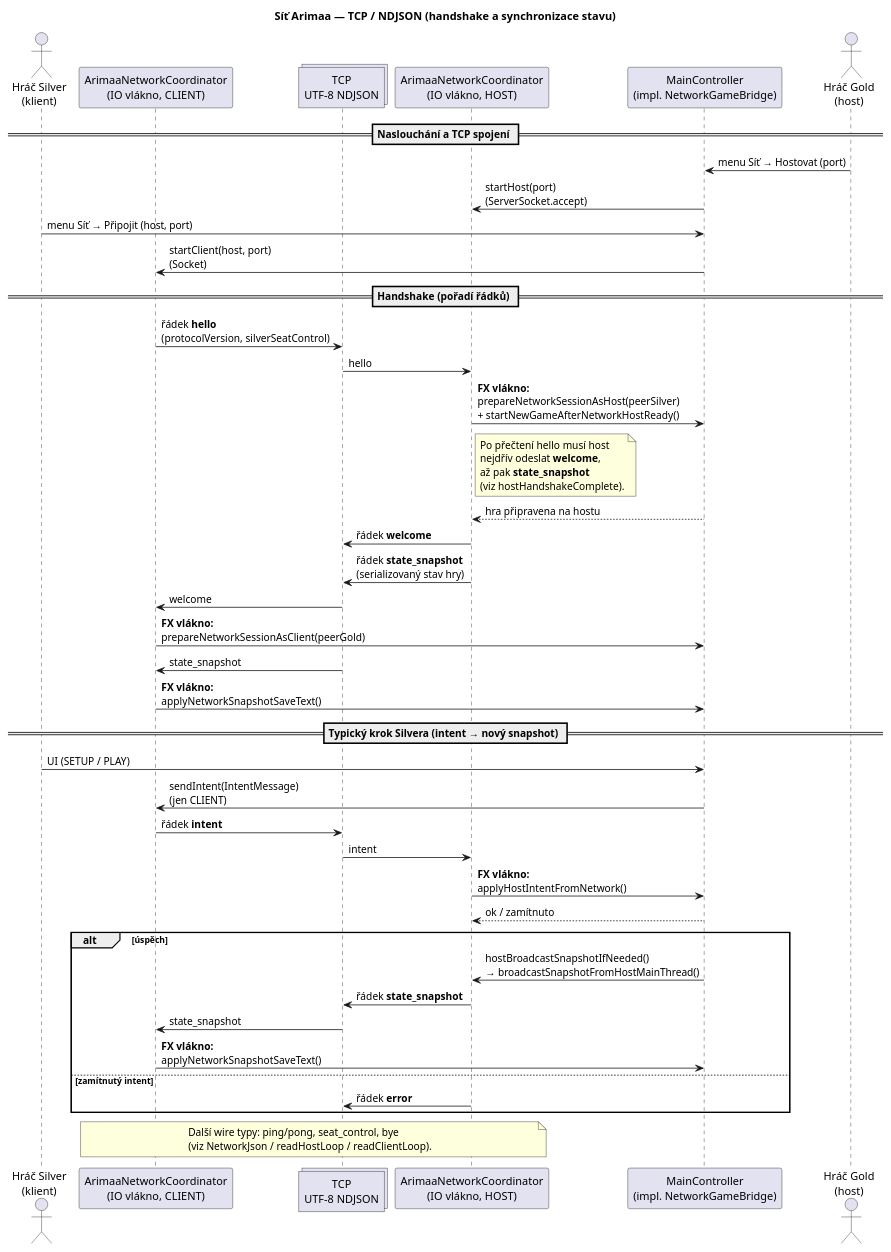
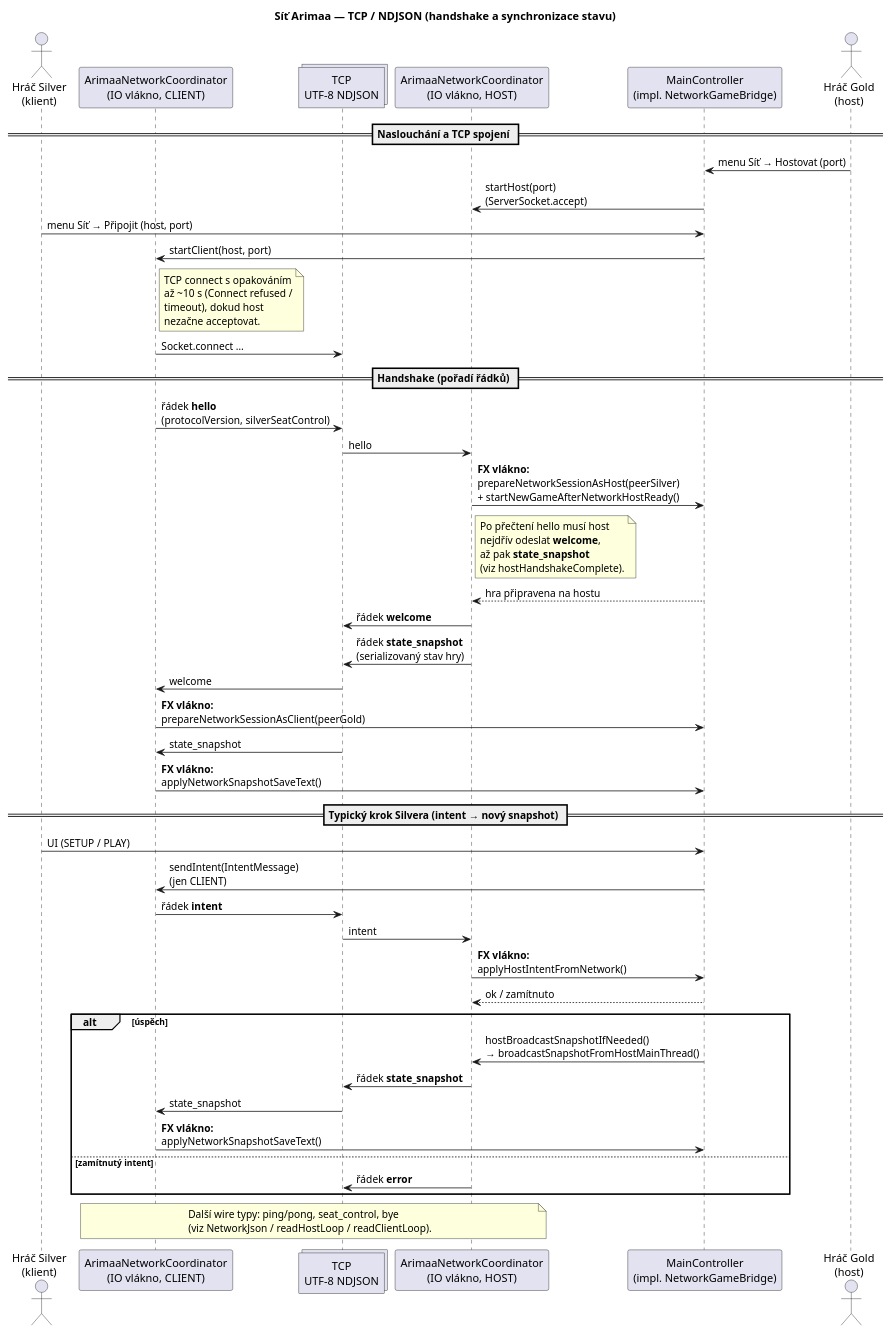
Before and after one commit to vladimirzubkov/sem-pjv-arimaa: the diagram in Dokumentace/puml/sequence-network.puml, drawn with PlantUML. The commit also changed 9 other files, not shown here.

```diff
--- a/Dokumentace/puml/sequence-network.puml
+++ b/Dokumentace/puml/sequence-network.puml
@@ -1,57 +1,64 @@
 @startuml sequence-network
 skinparam responseMessageBelowArrow true
 title Síť Arimaa — TCP / NDJSON (handshake a synchronizace stavu)
 
 actor "Hráč Silver\n(klient)" as Cs
 participant "ArimaaNetworkCoordinator\n(IO vlákno, CLIENT)" as Nc
 collections "TCP\nUTF-8 NDJSON" as Tcp
 participant "ArimaaNetworkCoordinator\n(IO vlákno, HOST)" as Nh
 participant "MainController\n(impl. NetworkGameBridge)" as Mh
 actor "Hráč Gold\n(host)" as Gh
 
 == Naslouchání a TCP spojení ==
 Gh -> Mh : menu Síť → Hostovat (port)
 Mh -> Nh : startHost(port)\n(ServerSocket.accept)
 Cs -> Mh : menu Síť → Připojit (host, port)
-Mh -> Nc : startClient(host, port)\n(Socket)
+Mh -> Nc : startClient(host, port)
+note right of Nc
+  TCP connect s opakováním
+  až ~10 s (Connect refused /
+  timeout), dokud host
+  nezačne acceptovat.
+end note
+Nc -> Tcp : Socket.connect …
 
 == Handshake (pořadí řádků) ==
 Nc -> Tcp : řádek **hello**\n(protocolVersion, silverSeatControl)
 Tcp -> Nh : hello
 Nh -> Mh : **FX vlákno:**\nprepareNetworkSessionAsHost(peerSilver)\n+ startNewGameAfterNetworkHostReady()
 note right of Nh
   Po přečtení hello musí host
   nejdřív odeslat **welcome**,
   až pak **state_snapshot**
   (viz hostHandshakeComplete).
 end note
 Mh --> Nh : hra připravena na hostu
 Nh -> Tcp : řádek **welcome**
 Nh -> Tcp : řádek **state_snapshot**\n(serializovaný stav hry)
 Tcp -> Nc : welcome
 Nc -> Mh : **FX vlákno:**\nprepareNetworkSessionAsClient(peerGold)
 Tcp -> Nc : state_snapshot
 Nc -> Mh : **FX vlákno:**\napplyNetworkSnapshotSaveText()
 
 == Typický krok Silvera (intent → nový snapshot) ==
 Cs -> Mh : UI (SETUP / PLAY)
 Mh -> Nc : sendIntent(IntentMessage)\n(jen CLIENT)
 Nc -> Tcp : řádek **intent**
 Tcp -> Nh : intent
 Nh -> Mh : **FX vlákno:**\napplyHostIntentFromNetwork()
 Mh --> Nh : ok / zamítnuto
 alt úspěch
     Mh -> Nh : hostBroadcastSnapshotIfNeeded()\n→ broadcastSnapshotFromHostMainThread()
     Nh -> Tcp : řádek **state_snapshot**
     Tcp -> Nc : state_snapshot
     Nc -> Mh : **FX vlákno:**\napplyNetworkSnapshotSaveText()
 else zamítnutý intent
     Nh -> Tcp : řádek **error**
 end
 
 note over Nc, Nh
   Další wire typy: ping/pong, seat_control, bye
   (viz NetworkJson / readHostLoop / readClientLoop).
 end note
 
 @enduml
```
